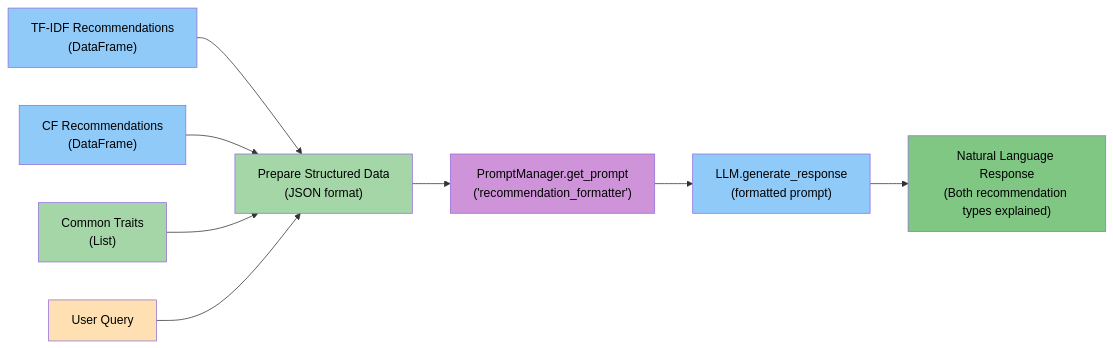
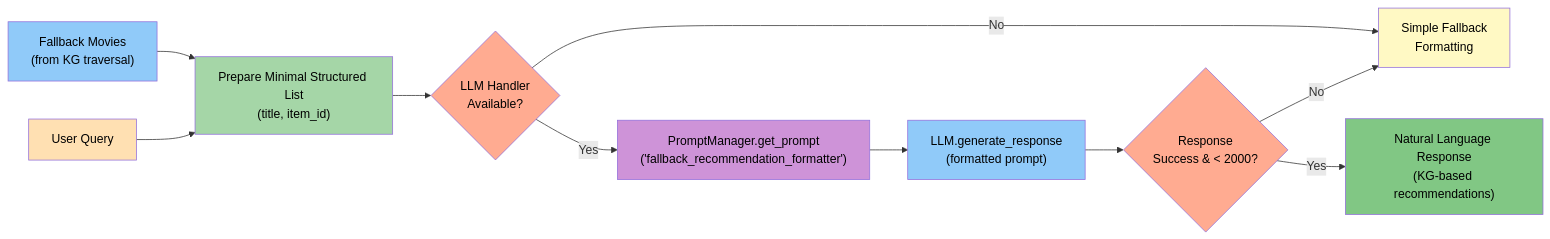
The ninth of 10 diagrams in README.md (schneialexan/atai-chatbot), drawn with Mermaid before and after one commit. The commit also changed other lines of this file, not shown here.

Commit message:
updated graphs for llm usage in recommender

````diff
--- a/README.md
+++ b/README.md
@@ -616,20 +650,24 @@
 ```mermaid
 graph LR
-    A["TF-IDF Recommendations<br>(DataFrame)"] --> C["Prepare Structured Data<br>(JSON format)"]
-    B["CF Recommendations<br>(DataFrame)"] --> C
-    D["Common Traits<br>(List)"] --> C
-    E["User Query"] --> C
+    A["Fallback Movies<br>(from KG traversal)"] --> B["Prepare Minimal Structured List<br>(title, item_id)"]
+    C["User Query"] --> B
     
-    C --> F["PromptManager.get_prompt<br>('recommendation_formatter')"]
+    B --> D{"LLM Handler<br>Available?"}
+    D -- No --> E["Simple Fallback<br>Formatting"]
+    D -- Yes --> F["PromptManager.get_prompt<br>('fallback_recommendation_formatter')"]
+    
     F --> G["LLM.generate_response<br>(formatted prompt)"]
-    G --> H["Natural Language Response<br>(Both recommendation types explained)"]
+    G --> H{"Response<br>Success & < 2000?"}
+    H -- Yes --> I["Natural Language Response<br>(KG-based recommendations)"]
+    H -- No --> E
     
     style A fill:#90CAF9,color:#000000
-    style B fill:#90CAF9,color:#000000
-    style D fill:#A5D6A7,color:#000000
-    style E fill:#FFE0B2,color:#000000
-    style C fill:#A5D6A7,color:#000000
+    style C fill:#FFE0B2,color:#000000
+    style B fill:#A5D6A7,color:#000000
+    style D fill:#FFAB91,color:#000000
     style F fill:#CE93D8,color:#000000
     style G fill:#90CAF9,color:#000000
-    style H fill:#81C784,color:#000000
+    style H fill:#FFAB91,color:#000000
+    style E fill:#FFF9C4,color:#000000
+    style I fill:#81C784,color:#000000
 ```
````
